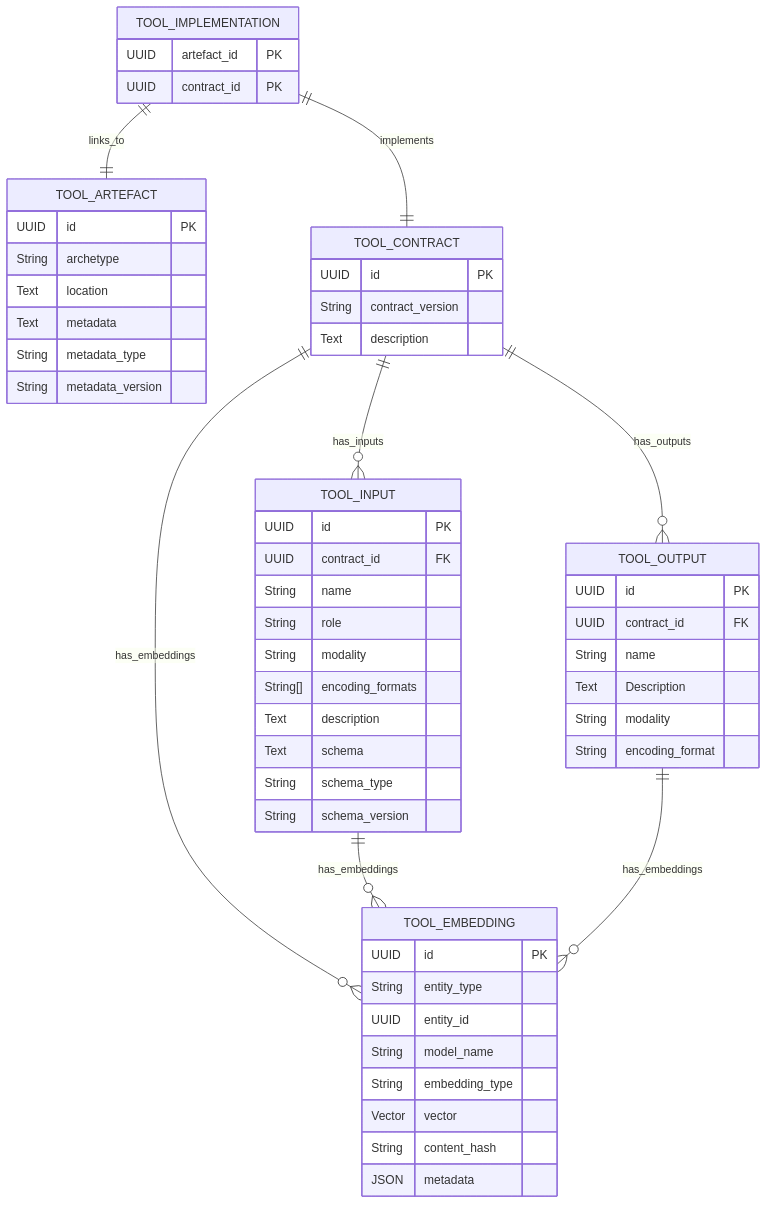
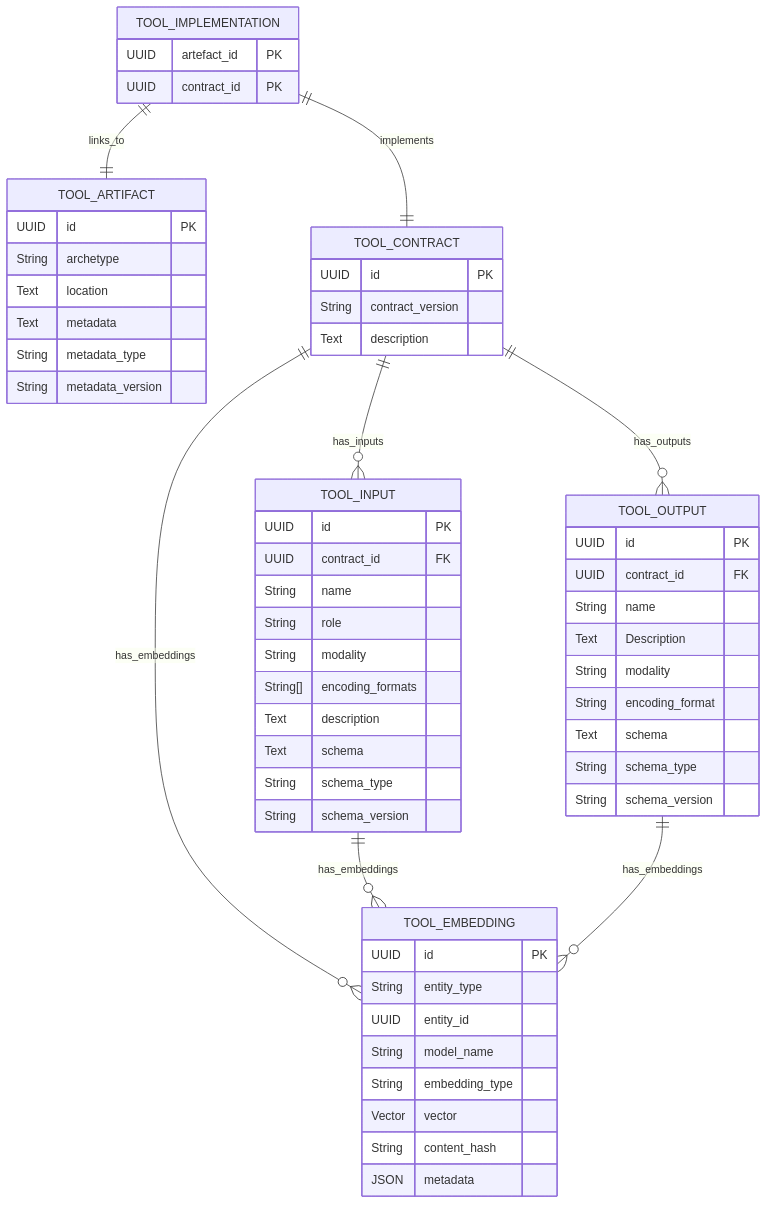
One commit to EOSC-Data-Commons/toolmeta-models changed the diagram in README.md. Above: the diagram before and after it, drawn with Mermaid. The commit also changed 4 other files, not shown here.

````diff
--- a/README.md
+++ b/README.md
@@ -6,68 +6,71 @@
 ```mermaid
 erDiagram
     %% Root table
     TOOL_IMPLEMENTATION {
         UUID artefact_id PK
         UUID contract_id PK
     }
     
     %% Artefact table
-   TOOL_ARTEFACT {
+   TOOL_ARTIFACT {
         UUID id PK
         String archetype
         Text location
         Text metadata
         String metadata_type
         String metadata_version
     }
     
     %% Tool contract table
     TOOL_CONTRACT {
         UUID id PK
         String contract_version
         Text description
     }
 
     TOOL_EMBEDDING {
         UUID id PK
         String entity_type
         UUID entity_id 
         String model_name
         String embedding_type
         Vector vector
         String content_hash
         JSON metadata
     }
     
     %% Inputs and outputs
     TOOL_INPUT {
         UUID id PK
         UUID contract_id FK
         String name
         String role
         String modality
         String[] encoding_formats
         Text description
         Text schema
         String schema_type
         String schema_version
     }
     
     TOOL_OUTPUT {
         UUID id PK
         UUID contract_id FK
         String name
         Text Description
         String modality
         String encoding_format
+        Text schema
+        String schema_type
+        String schema_version
     }
     
     %% Relationships
-    TOOL_IMPLEMENTATION ||--|| TOOL_ARTEFACT : links_to
+    TOOL_IMPLEMENTATION ||--|| TOOL_ARTIFACT : links_to
     TOOL_IMPLEMENTATION ||--|| TOOL_CONTRACT : implements
     TOOL_CONTRACT ||--o{ TOOL_EMBEDDING : has_embeddings
     TOOL_INPUT ||--o{ TOOL_EMBEDDING : has_embeddings
     TOOL_OUTPUT ||--o{ TOOL_EMBEDDING : has_embeddings
     TOOL_CONTRACT ||--o{ TOOL_INPUT : has_inputs
     TOOL_CONTRACT ||--o{ TOOL_OUTPUT : has_outputs
 ```
````
